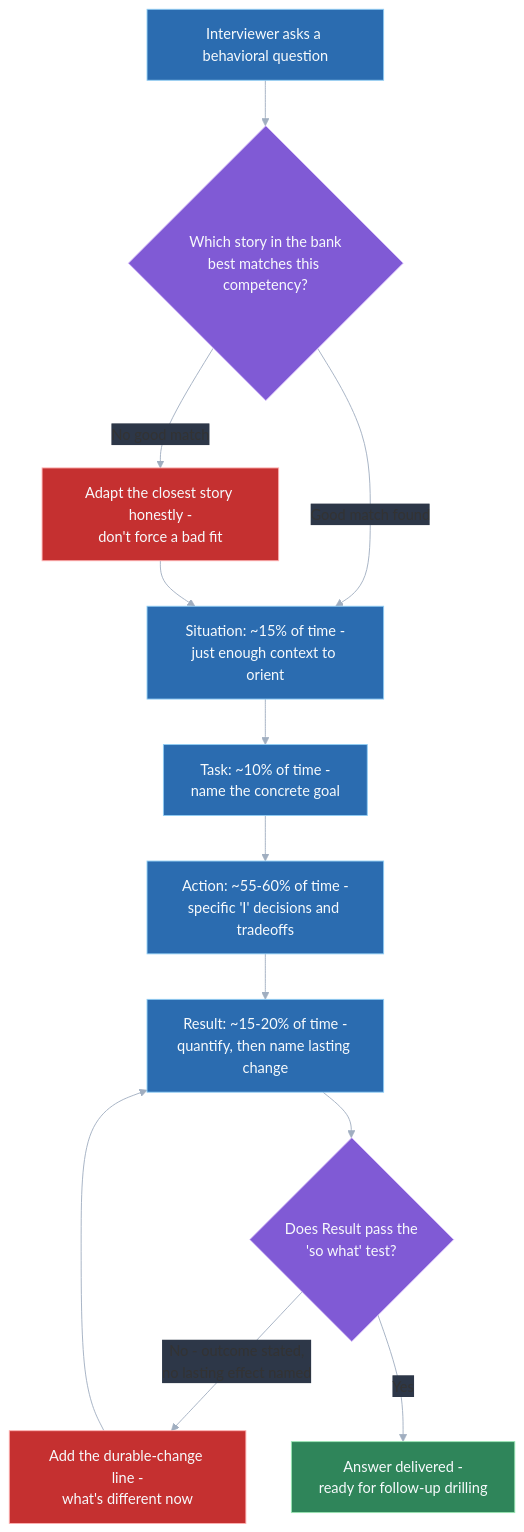
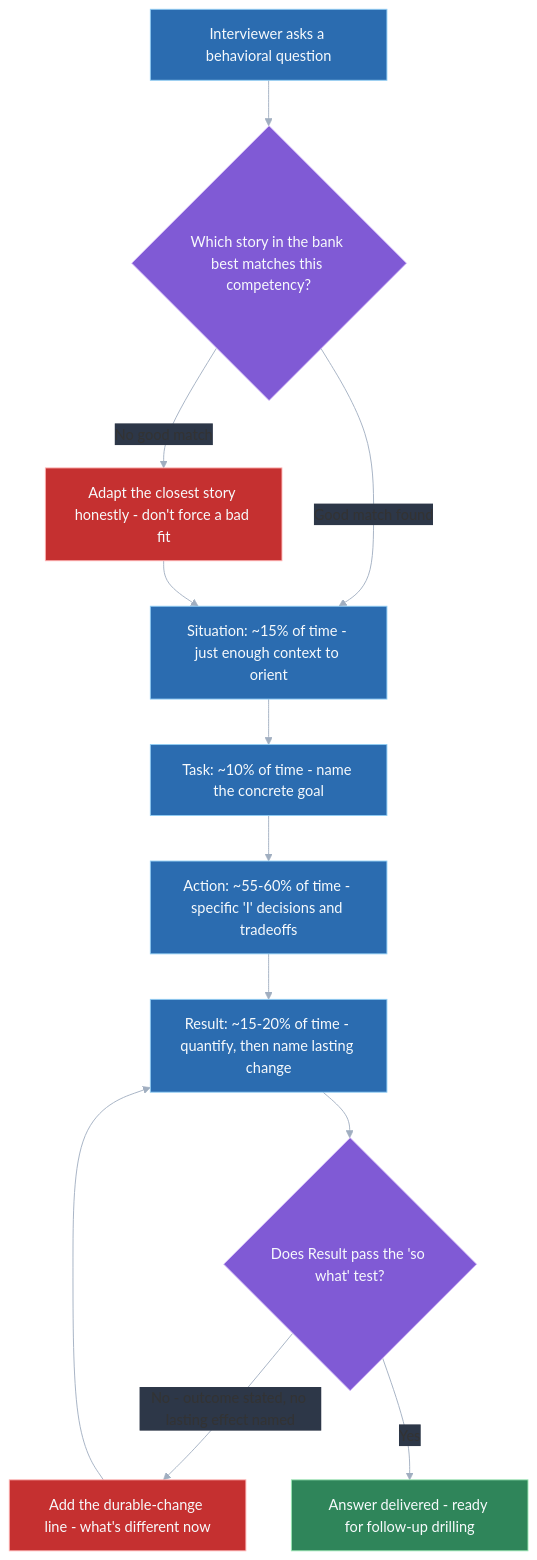
The first of 2 diagrams in data/topics/star-method.md (vinayakhumberi/litmus), drawn with Mermaid before and after one commit. The commit also changed other lines of this file and 68 other files, not shown here.

````diff
--- a/data/topics/star-method.md
+++ b/data/topics/star-method.md
@@ -87,25 +87,25 @@
 ```mermaid
 %%{init: {"theme": "base", "themeVariables": {"lineColor": "#a0aec0", "edgeLabelBackground": "#2d3748", "textColor": "#f7fafc"}}}%%
 graph TD
-    A["Interviewer asks a behavioral question"] --> B{"Which story in the bank<br>best matches this competency?"}
-    B -- "No good match" --> C["Adapt the closest story honestly -<br>don't force a bad fit"]
-    B -- "Good match found" --> D["Situation: ~15% of time -<br>just enough context to orient"]
+    A["Interviewer asks a behavioral question"] --> B{"Which story in the bank best matches this competency?"}
+    B -- "No good match" --> C["Adapt the closest story honestly - don't force a bad fit"]
+    B -- "Good match found" --> D["Situation: ~15% of time - just enough context to orient"]
     C --> D
-    D --> E["Task: ~10% of time -<br>name the concrete goal"]
-    E --> F["Action: ~55-60% of time -<br>specific 'I' decisions and tradeoffs"]
-    F --> G["Result: ~15-20% of time -<br>quantify, then name lasting change"]
-    G --> H{"Does Result pass the<br>'so what' test?"}
-    H -- "No - outcome stated,<br>no lasting effect named" --> I["Add the durable-change line -<br>what's different now"]
+    D --> E["Task: ~10% of time - name the concrete goal"]
+    E --> F["Action: ~55-60% of time - specific 'I' decisions and tradeoffs"]
+    F --> G["Result: ~15-20% of time - quantify, then name lasting change"]
+    G --> H{"Does Result pass the 'so what' test?"}
+    H -- "No - outcome stated, no lasting effect named" --> I["Add the durable-change line - what's different now"]
     I --> G
-    H -- "Yes" --> J["Answer delivered -<br>ready for follow-up drilling"]
+    H -- "Yes" --> J["Answer delivered - ready for follow-up drilling"]
 
     classDef stage fill:#2b6cb0,stroke:#90cdf4,color:#f7fafc
     classDef decision fill:#805ad5,stroke:#d6bcfa,color:#f7fafc
     classDef fix fill:#c53030,stroke:#feb2b2,color:#f7fafc
     classDef done fill:#2f855a,stroke:#9ae6b4,color:#f7fafc
 
     class A,D,E,F,G stage
     class B,H decision
     class C,I fix
     class J done
 ```
````
